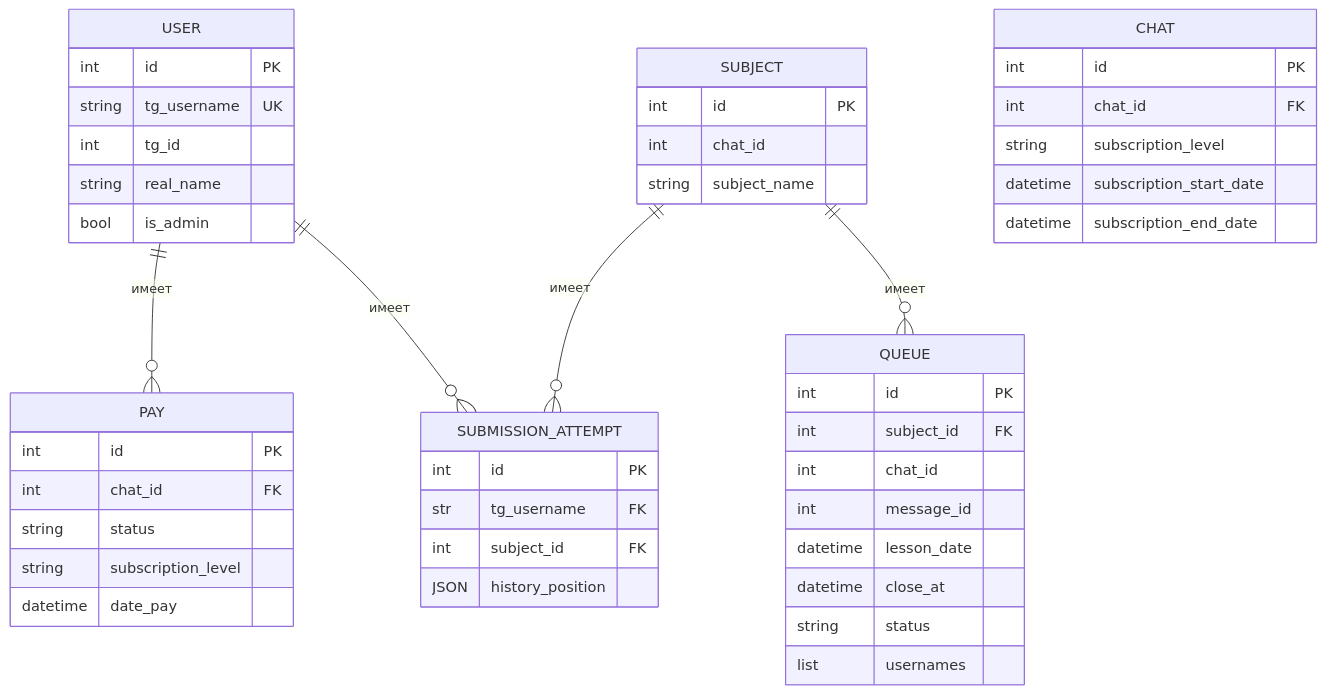
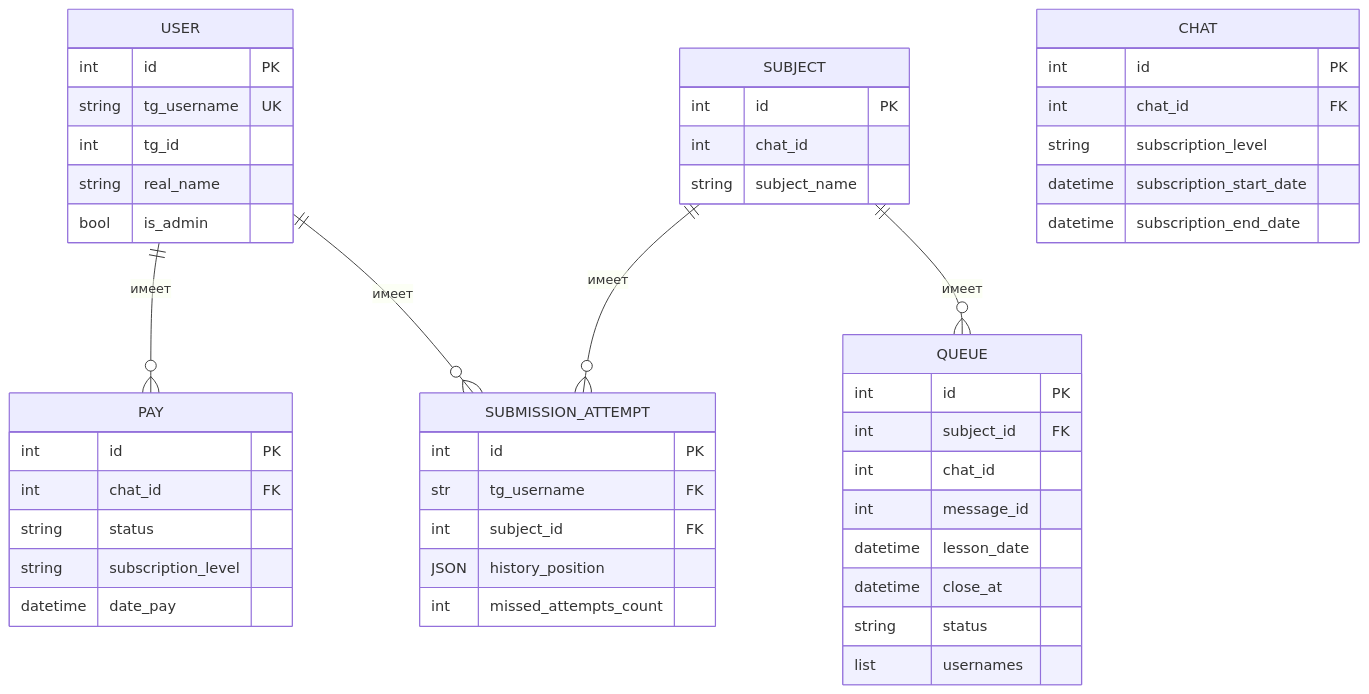
One commit to VoltusV5/FairLabQueueBot changed the diagram in docs/01_Database.md. Above: the diagram before and after it, drawn with Mermaid. The commit also changed 7 other files, not shown here.

````diff
--- a/docs/01_Database.md
+++ b/docs/01_Database.md
@@ -8,50 +8,51 @@
 ```mermaid
 erDiagram
     USER ||--o{ SUBMISSION_ATTEMPT : имеет
     USER ||--o{ PAY : имеет
     SUBJECT ||--o{ QUEUE : имеет
     SUBJECT ||--o{ SUBMISSION_ATTEMPT : имеет
 
     USER {
         int id PK
         string tg_username UK
         int tg_id
         string real_name
         bool is_admin
     }
     SUBJECT {
         int id PK
         int chat_id
         string subject_name
     }
     QUEUE {
         int id PK
         int subject_id FK
         int chat_id
         int message_id
         datetime lesson_date
         datetime close_at
         string status
         list usernames
     }
     SUBMISSION_ATTEMPT {
         int id PK
         str tg_username FK
         int subject_id FK
         JSON history_position
+        int missed_attempts_count
     }
     PAY {
         int id PK
         int chat_id FK
         string status
         string subscription_level
         datetime date_pay
     }
     CHAT {
         int id PK
         int chat_id FK
         string subscription_level
         datetime subscription_start_date
         datetime subscription_end_date
     }
 ```
````
